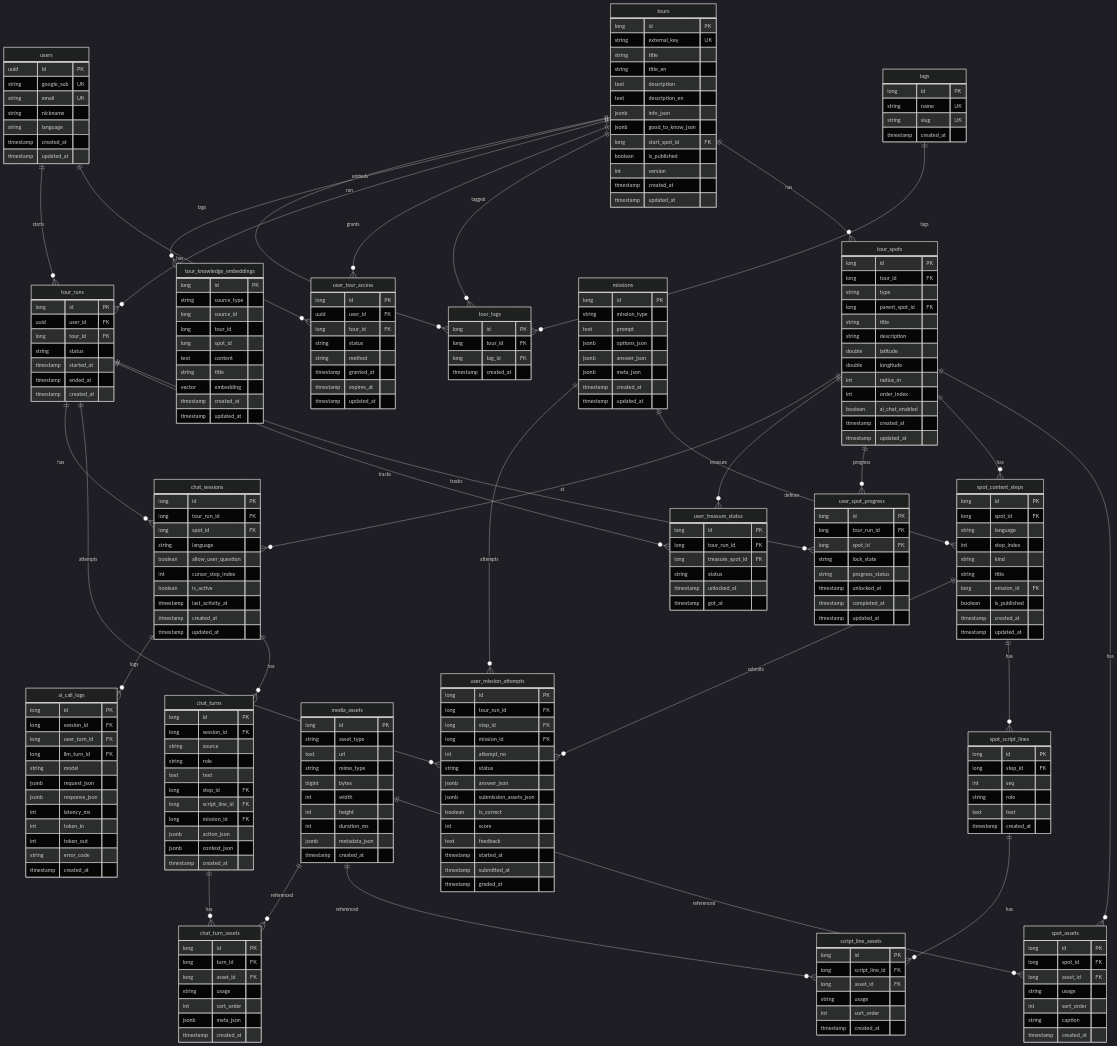
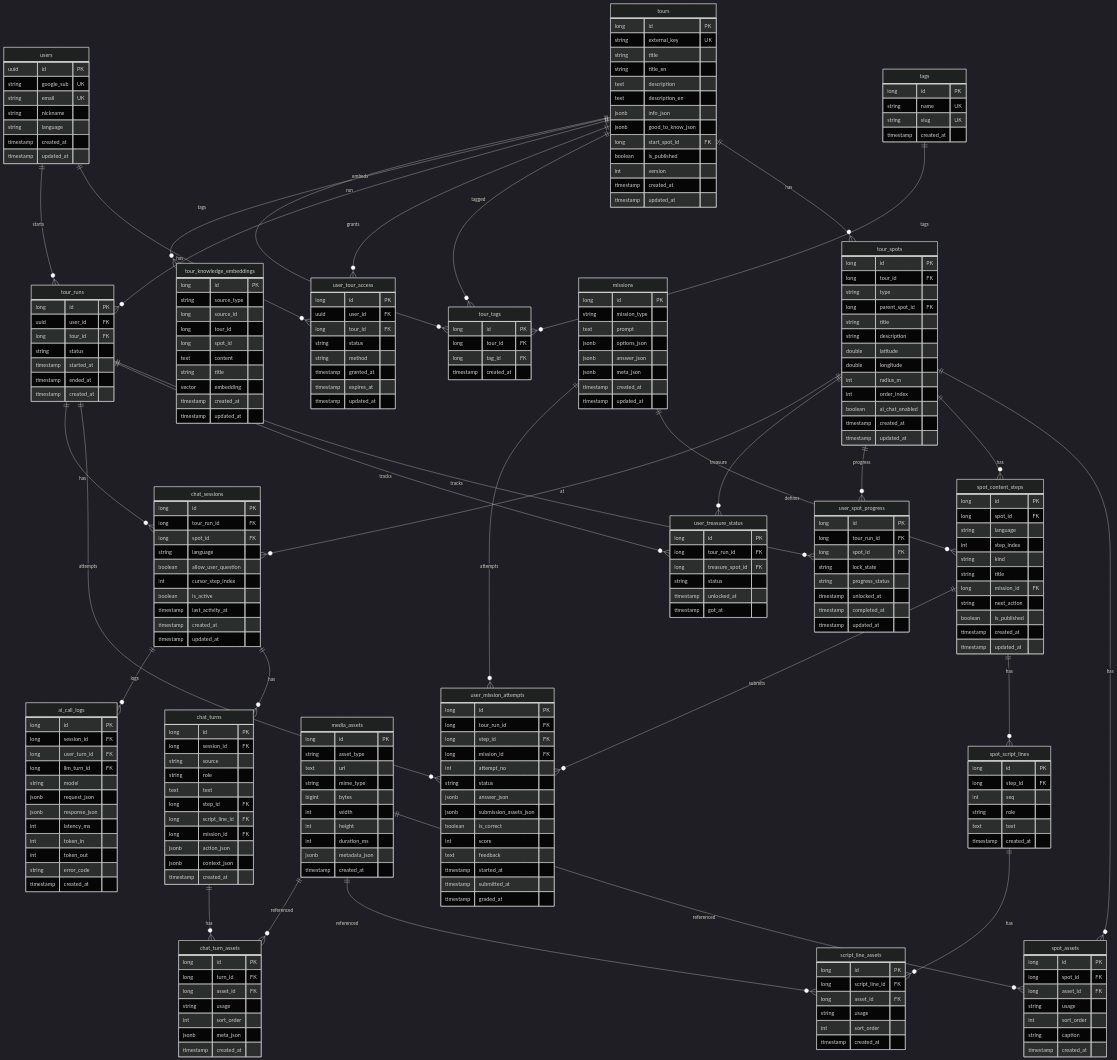
Before and after one commit to QoS2/backend: the diagram in spring-boot/questofseoul/docs/ERD.md, drawn with Mermaid (dark theme). The commit also changed other lines of this file and 16 other files, not shown here.

```diff
--- a/spring-boot/questofseoul/docs/ERD.md
+++ b/spring-boot/questofseoul/docs/ERD.md
@@ -198,6 +198,7 @@
         string kind
         string title
         long mission_id FK
+        string next_action
         boolean is_published
         timestamp created_at
         timestamp updated_at
```
